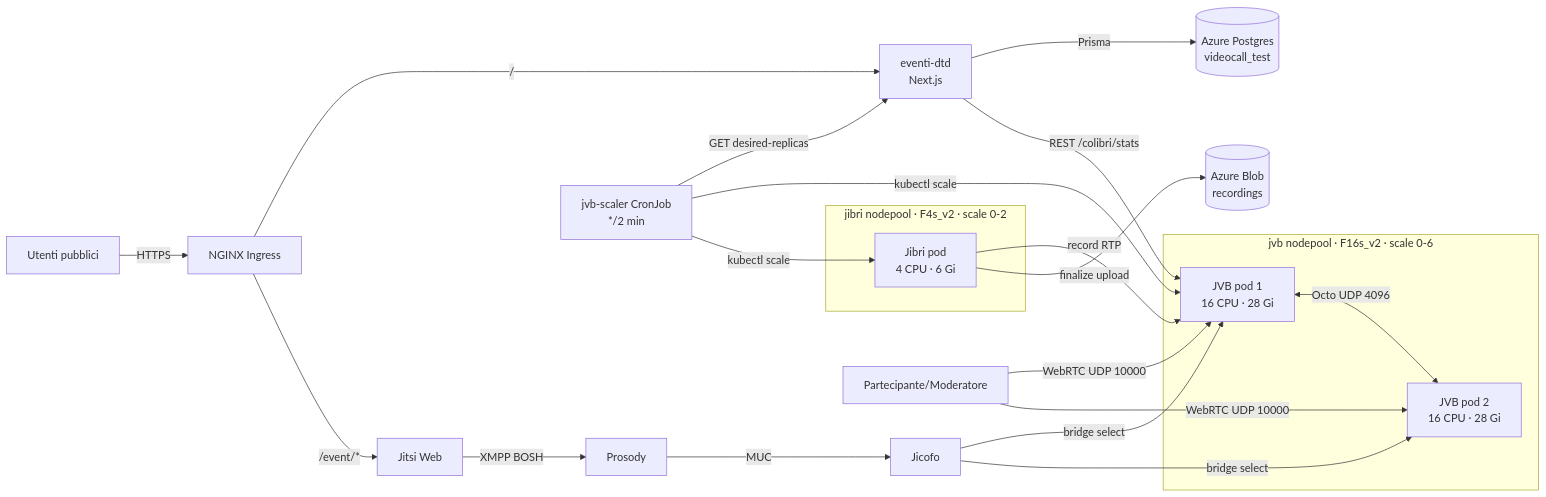
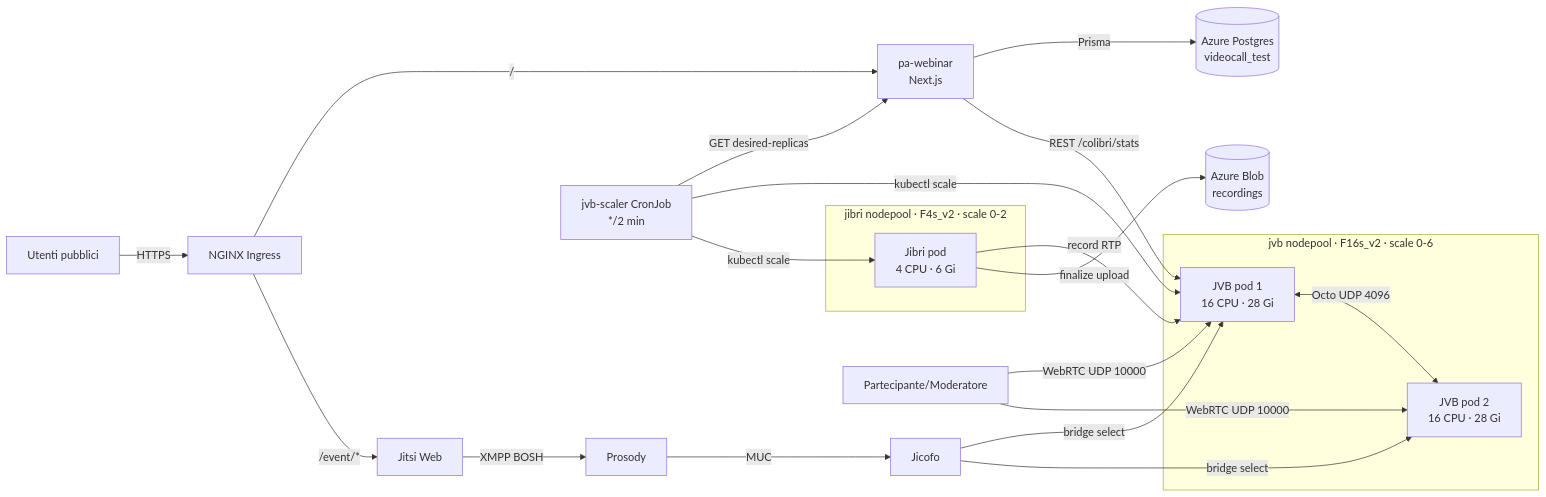
The first of 3 diagrams in scripts/load-test/README.md (italia/pa-webinar), drawn with Mermaid before and after one commit. The commit also changed other lines of this file and 188 other files, not shown here.

First line of the commit message:
chore(rename): eventi-dtd → PA Webinar (codice, chart, brand, docs)

````diff
--- a/scripts/load-test/README.md
+++ b/scripts/load-test/README.md
@@ -334,33 +334,33 @@
 ```mermaid
 flowchart LR
     U1[Utenti pubblici]-->|HTTPS|ING[NGINX Ingress]
-    ING-->|/|APP[eventi-dtd<br/>Next.js]
+    ING-->|/|APP[pa-webinar<br/>Next.js]
     ING-->|/event/*|JWEB[Jitsi Web]
     APP-->|Prisma|DB[(Azure Postgres<br/>videocall_test)]
     APP-->|REST /colibri/stats|JVB1
     JWEB-->|XMPP BOSH|PROS[Prosody]
     PROS-->|MUC|JIC[Jicofo]
     JIC-->|bridge select|JVB1
     JIC-->|bridge select|JVB2
 
     subgraph JVBPOOL["jvb nodepool · F16s_v2 · scale 0-6"]
       JVB1[JVB pod 1<br/>16 CPU · 28 Gi]
       JVB2[JVB pod 2<br/>16 CPU · 28 Gi]
       JVB1<-->|Octo UDP 4096|JVB2
     end
 
     subgraph JIBRIPOOL["jibri nodepool · F4s_v2 · scale 0-2"]
       JIBRI[Jibri pod<br/>4 CPU · 6 Gi]
     end
 
     JIBRI-->|record RTP|JVB1
     JIBRI-->|finalize upload|BLOB[(Azure Blob<br/>recordings)]
 
     CRON[jvb-scaler CronJob<br/>*/2 min]
     CRON-->|GET desired-replicas|APP
     CRON-->|kubectl scale|JVB1
     CRON-->|kubectl scale|JIBRI
 
     U2[Partecipante/Moderatore]-->|WebRTC UDP 10000|JVB1
     U2-->|WebRTC UDP 10000|JVB2
 ```
````
